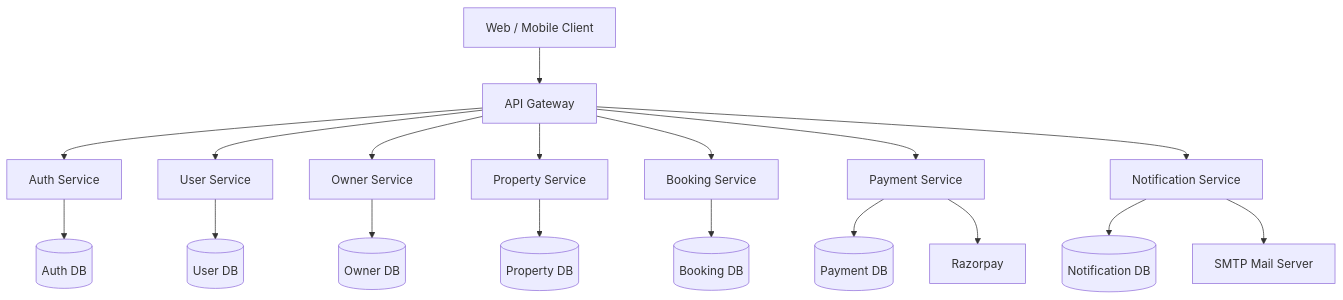
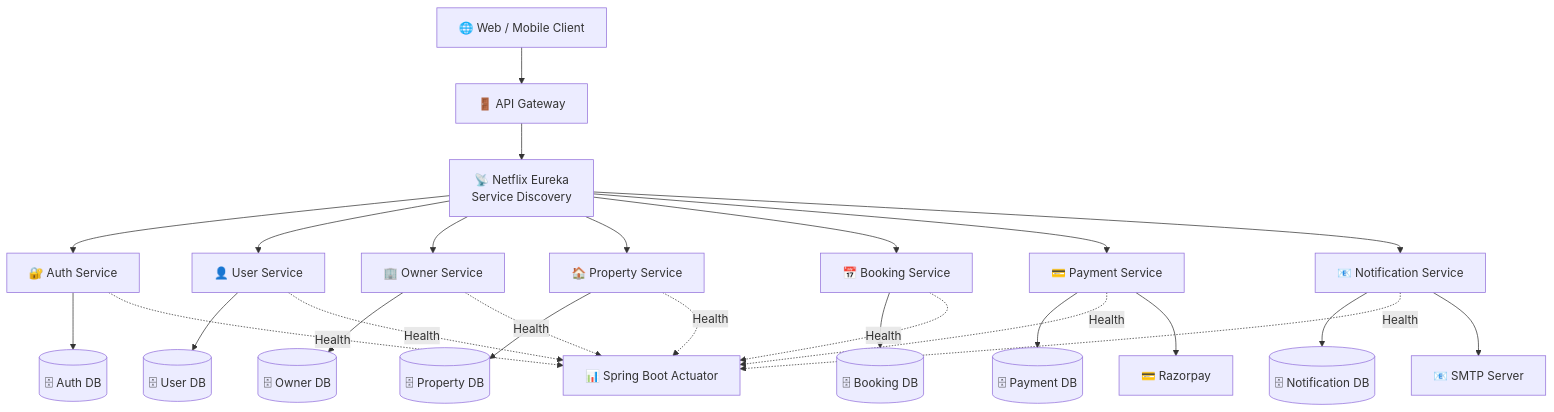
The first of 22 diagrams in README.md (PSaiRam32/StayEase-Backend), drawn with Mermaid before and after one commit. The commit also changed other lines of this file, not shown here.

````diff
--- a/README.md
+++ b/README.md
@@ -389,47 +400,61 @@
 ```mermaid
 flowchart TB
 
-Client["Web / Mobile Client"]
+Client["🌐 Web / Mobile Client"]
 
-Gateway["API Gateway"]
+Gateway["🚪 API Gateway"]
 
-Auth["Auth Service"]
-User["User Service"]
-Owner["Owner Service"]
-Property["Property Service"]
-Booking["Booking Service"]
-Payment["Payment Service"]
-Notification["Notification Service"]
+Eureka["📡 Netflix Eureka<br/>Service Discovery"]
 
-AuthDB[(Auth DB)]
-UserDB[(User DB)]
-OwnerDB[(Owner DB)]
-PropertyDB[(Property DB)]
-BookingDB[(Booking DB)]
-PaymentDB[(Payment DB)]
-NotificationDB[(Notification DB)]
+Auth["🔐 Auth Service"]
+User["👤 User Service"]
+Owner["🏢 Owner Service"]
+Property["🏠 Property Service"]
+Booking["📅 Booking Service"]
+Payment["💳 Payment Service"]
+Notification["📧 Notification Service"]
 
-Razorpay["Razorpay"]
-SMTP["SMTP Mail Server"]
+AuthDB[("🗄 Auth DB")]
+UserDB[("🗄 User DB")]
+OwnerDB[("🗄 Owner DB")]
+PropertyDB[("🗄 Property DB")]
+BookingDB[("🗄 Booking DB")]
+PaymentDB[("🗄 Payment DB")]
+NotificationDB[("🗄 Notification DB")]
+
+Actuator["📊 Spring Boot Actuator"]
+
+Razorpay["💳 Razorpay"]
+SMTP["📧 SMTP Server"]
 
 Client --> Gateway
 
-Gateway --> Auth
-Gateway --> User
-Gateway --> Owner
-Gateway --> Property
-Gateway --> Booking
-Gateway --> Payment
-Gateway --> Notification
+Gateway --> Eureka
+
+Eureka --> Auth
+Eureka --> User
+Eureka --> Owner
+Eureka --> Property
+Eureka --> Booking
+Eureka --> Payment
+Eureka --> Notification
 
 Auth --> AuthDB
 User --> UserDB
 Owner --> OwnerDB
 Property --> PropertyDB
 Booking --> BookingDB
 Payment --> PaymentDB
 Notification --> NotificationDB
 
+Auth -. Health .-> Actuator
+User -. Health .-> Actuator
+Owner -. Health .-> Actuator
+Property -. Health .-> Actuator
+Booking -. Health .-> Actuator
+Payment -. Health .-> Actuator
+Notification -. Health .-> Actuator
+
 Payment --> Razorpay
 Notification --> SMTP
 ```
````
